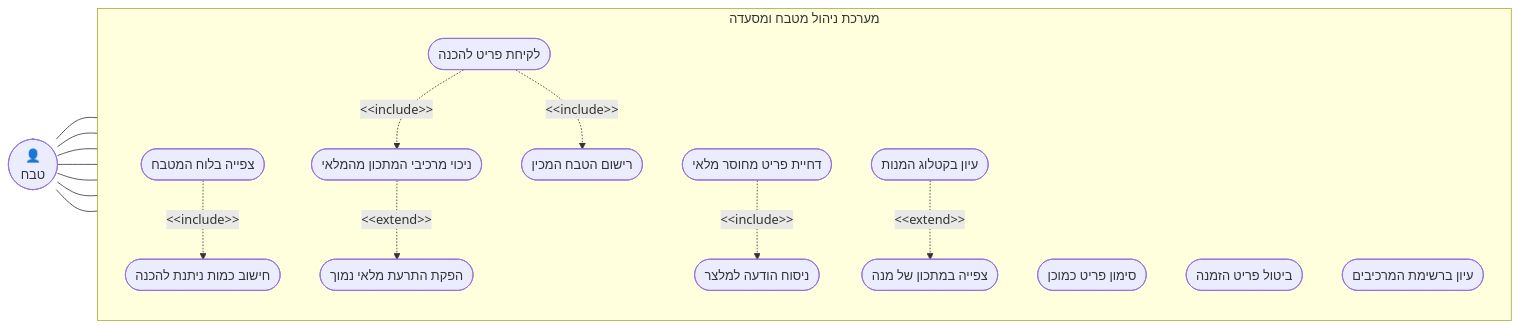
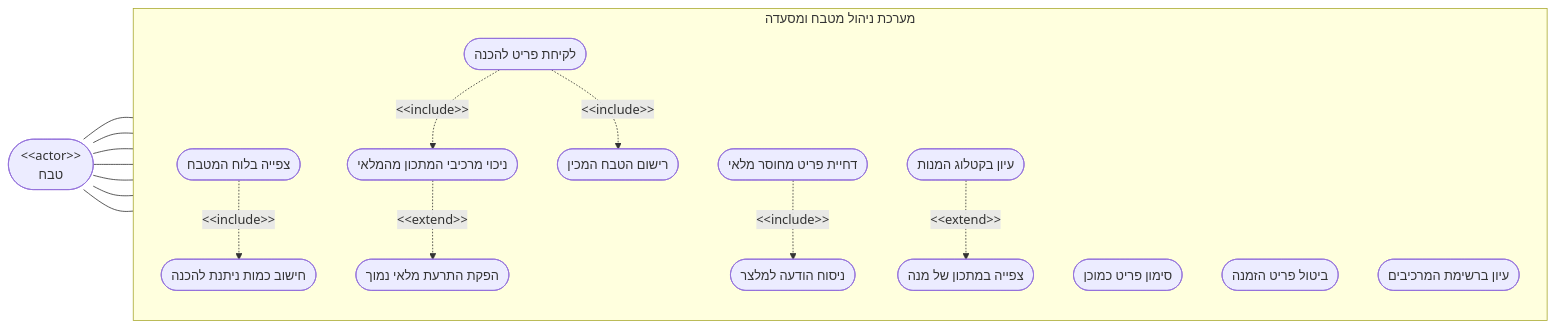
One commit to RonZaretsky/Restaurant-Kitchen-Management-System changed the diagram in מסמכים/הגשה/diagrams/usecase-cook.md. Above: the diagram before and after it, drawn with Mermaid. The commit also changed 10 other files, not shown here.

````diff
--- a/מסמכים/הגשה/diagrams/usecase-cook.md
+++ b/מסמכים/הגשה/diagrams/usecase-cook.md
@@ -3,30 +3,30 @@
 ```mermaid
 flowchart LR
-    cook(["👤<br/>טבח"])
+    cook(["&lt;&lt;actor&gt;&gt;<br/>טבח"])
 
     subgraph SYS["מערכת ניהול מטבח ומסעדה"]
         direction TB
         UC1(["צפייה בלוח המטבח"])
         UC2(["לקיחת פריט להכנה"])
         UC3(["סימון פריט כמוכן"])
         UC4(["דחיית פריט מחוסר מלאי"])
         UC5(["ביטול פריט הזמנה"])
         UC6(["עיון בקטלוג המנות"])
         UC7(["עיון ברשימת המרכיבים"])
 
         UC1 -.->|"&lt;&lt;include&gt;&gt;"| UC8(["חישוב כמות ניתנת להכנה"])
         UC2 -.->|"&lt;&lt;include&gt;&gt;"| UC9(["ניכוי מרכיבי המתכון מהמלאי"])
         UC2 -.->|"&lt;&lt;include&gt;&gt;"| UC10(["רישום הטבח המכין"])
         UC9 -.->|"&lt;&lt;extend&gt;&gt;"| UC11(["הפקת התרעת מלאי נמוך"])
         UC4 -.->|"&lt;&lt;include&gt;&gt;"| UC12(["ניסוח הודעה למלצר"])
         UC6 -.->|"&lt;&lt;extend&gt;&gt;"| UC13(["צפייה במתכון של מנה"])
     end
 
     cook --- UC1
     cook --- UC2
     cook --- UC3
     cook --- UC4
     cook --- UC5
     cook --- UC6
     cook --- UC7
 ```
````
